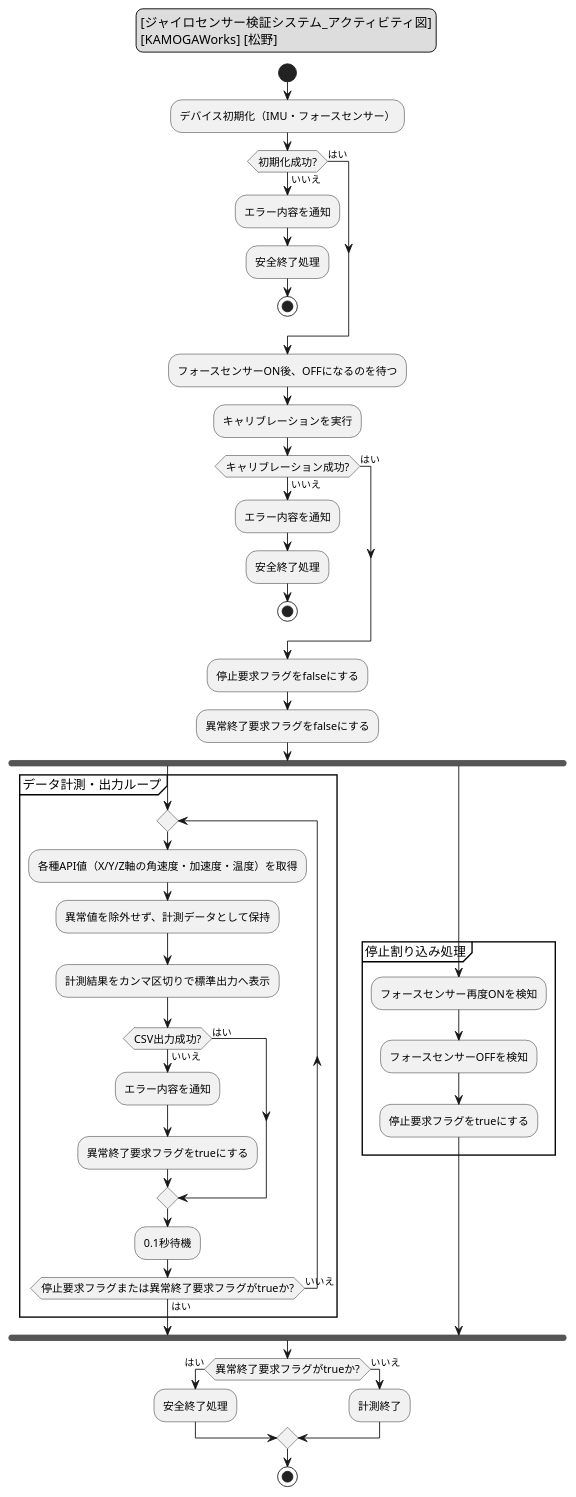
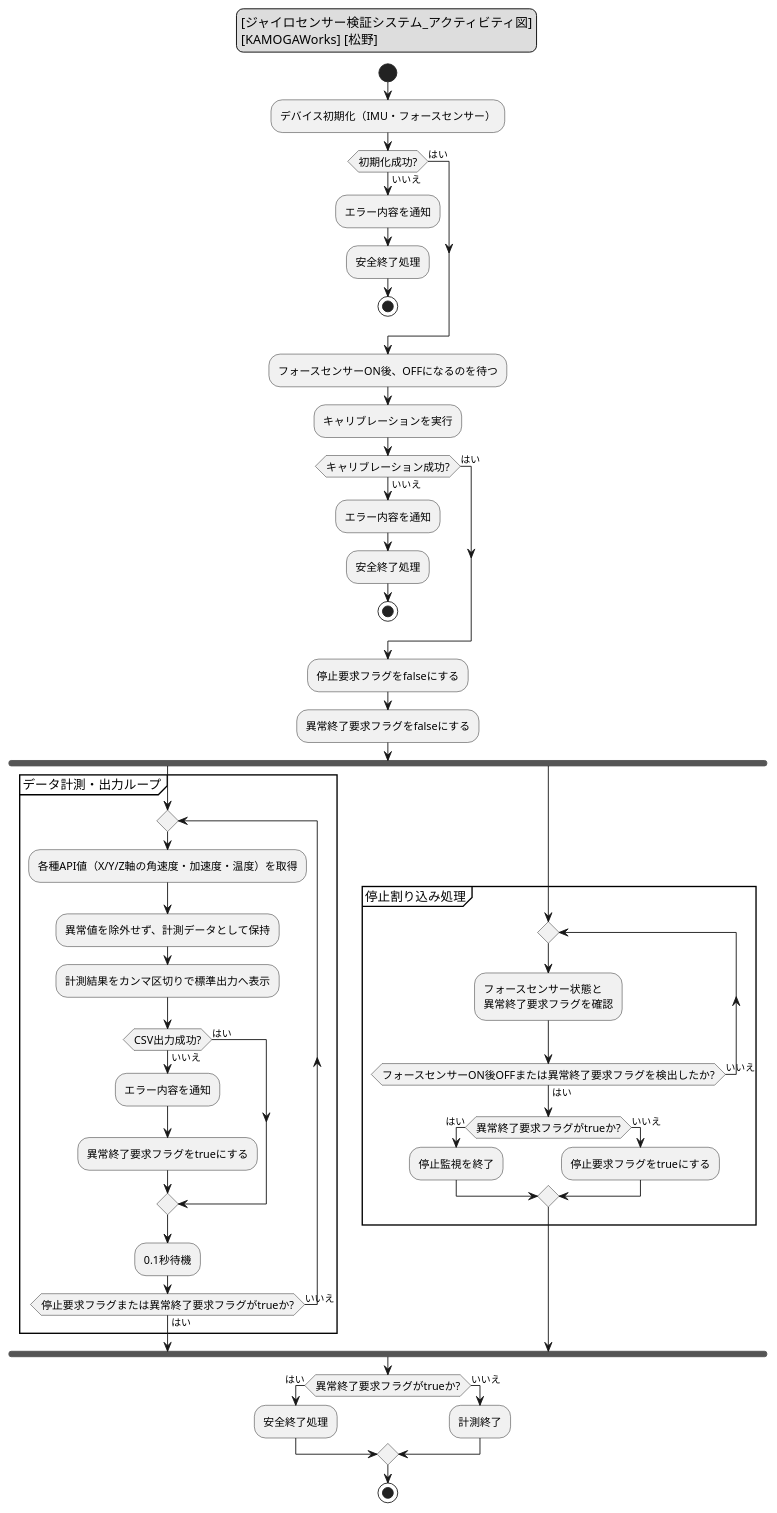
The diagram in UML/ジャイロセンサー検証システム_アクティビティ図.puml (Matsuno0412/Gyro-sensor-System), drawn with PlantUML before and after one commit. The commit also changed other lines of this file and 9 other files, not shown here.

```diff
--- a/UML/ジャイロセンサー検証システム_アクティビティ図.puml
+++ b/UML/ジャイロセンサー検証システム_アクティビティ図.puml
@@ -1,82 +1,88 @@
 @startuml ジャイロセンサー検証システム_アクティビティ図
 
 skinparam ActivityDiamondFontSize 12
 skinparam ActivityFontSize 12
 
 legend top
 [ジャイロセンサー検証システム_アクティビティ図]
 [KAMOGAWorks] [松野]
 endlegend
 
 start
 
 :デバイス初期化（IMU・フォースセンサー）;
 
 if (初期化成功?) then (はい)
 else (いいえ)
     :エラー内容を通知;
     :安全終了処理;
     stop
 endif
 
 :フォースセンサーON後、OFFになるのを待つ;
 
 :キャリブレーションを実行;
 
 if (キャリブレーション成功?) then (はい)
 else (いいえ)
     :エラー内容を通知;
     :安全終了処理;
     stop
 endif
 
 :停止要求フラグをfalseにする;
 :異常終了要求フラグをfalseにする;
 
 fork
 
 partition データ計測・出力ループ {
 
     repeat
 
         :各種API値（X/Y/Z軸の角速度・加速度・温度）を取得;
 
         :異常値を除外せず、計測データとして保持;
 
         :計測結果をカンマ区切りで標準出力へ表示;
 
         if (CSV出力成功?) then (はい)
         else (いいえ)
             :エラー内容を通知;
             :異常終了要求フラグをtrueにする;
         endif
 
         :0.1秒待機;
 
     repeat while (停止要求フラグまたは異常終了要求フラグがtrueか?) is (いいえ) not (はい)
 
 }
 
 fork again
 
 partition 停止割り込み処理 {
 
-    :フォースセンサー再度ONを検知;
+    repeat
 
-    :フォースセンサーOFFを検知;
+        :フォースセンサー状態と\n異常終了要求フラグを確認;
 
-    :停止要求フラグをtrueにする;
+    repeat while (フォースセンサーON後OFFまたは異常終了要求フラグを検出したか?) is (いいえ) not (はい)
+
+    if (異常終了要求フラグがtrueか?) then (はい)
+        :停止監視を終了;
+    else (いいえ)
+        :停止要求フラグをtrueにする;
+    endif
 
 }
 
 end fork
 
 if (異常終了要求フラグがtrueか?) then (はい)
     :安全終了処理;
 else (いいえ)
     :計測終了;
 endif
 
 stop
 
 @enduml
```
